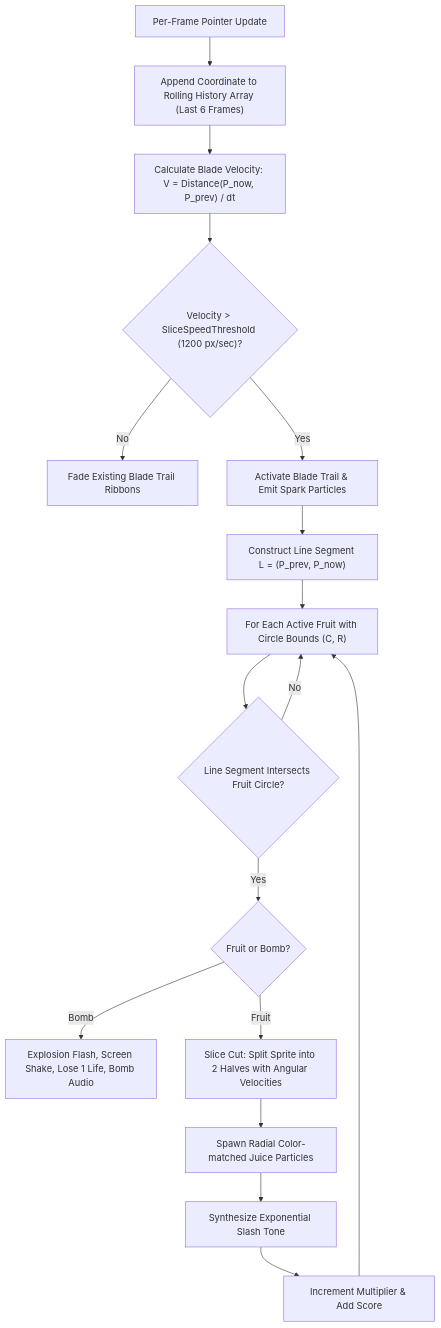
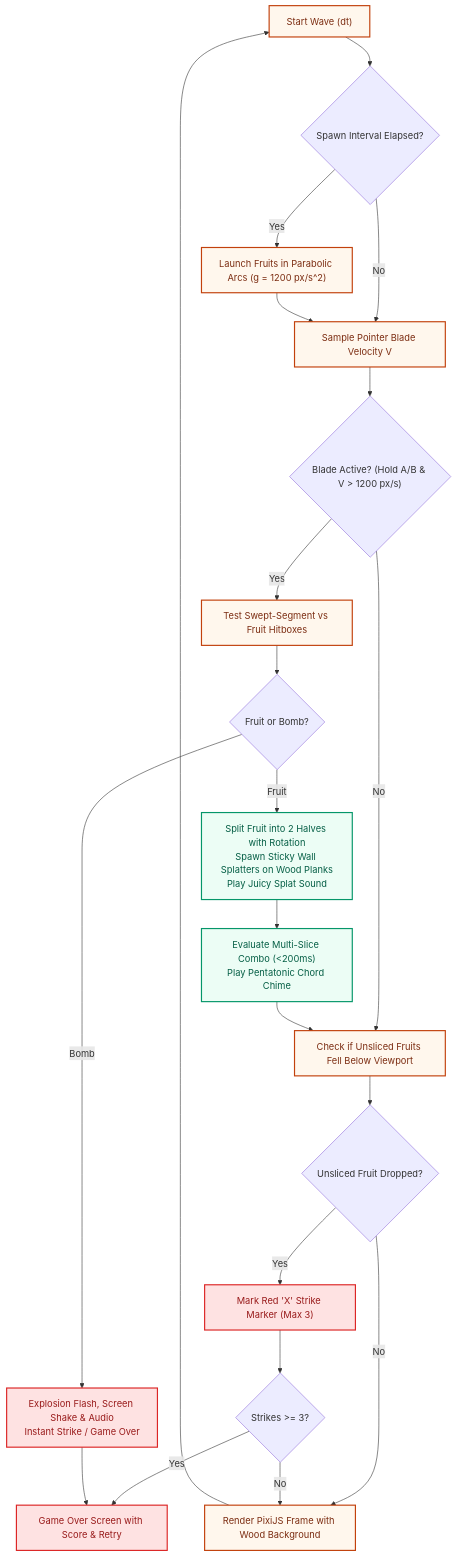
One commit to AdityaSurse/nimbusplay changed the tenth of 16 diagrams in README.md. Above: the diagram before and after it, drawn with Mermaid. The commit also changed other lines of this file and 6 other files, not shown here.

````diff
--- a/README.md
+++ b/README.md
@@ -275,24 +314,31 @@
 ```mermaid
 flowchart TD
-    PointerTick["Per-Frame Pointer Update"] --> AppendHistory["Append Coordinate to Rolling History Array (Last 6 Frames)"]
-    AppendHistory --> CalcVelocity["Calculate Blade Velocity: V = Distance(P_now, P_prev) / dt"]
-    
-    CalcVelocity --> SpeedCheck{"Velocity > SliceSpeedThreshold (1200 px/sec)?"}
-    SpeedCheck -- No --> FadeTrail["Fade Existing Blade Trail Ribbons"]
-    SpeedCheck -- Yes --> ActiveBlade["Activate Blade Trail & Emit Spark Particles"]
-    
-    ActiveBlade --> BuildSegment["Construct Line Segment L = (P_prev, P_now)"]
-    BuildSegment --> LoopFruits["For Each Active Fruit with Circle Bounds (C, R)"]
-    
-    LoopFruits --> Intersect{"Line Segment Intersects Fruit Circle?"}
-    Intersect -- No --> LoopFruits
-    Intersect -- Yes --> CheckType{"Fruit or Bomb?"}
-    
-    CheckType -- Bomb --> Detonate["Explosion Flash, Screen Shake, Lose 1 Life, Bomb Audio"]
-    CheckType -- Fruit --> SplitFruit["Slice Cut: Split Sprite into 2 Halves with Angular Velocities"]
-    
-    SplitFruit --> SplashParticles["Spawn Radial Color-matched Juice Particles"]
-    SplashParticles --> AudioSlice["Synthesize Exponential Slash Tone"]
-    AudioSlice --> UpdateCombo["Increment Multiplier & Add Score"]
-    UpdateCombo --> LoopFruits
+    classDef loopStyle fill:#fff7ed,stroke:#c2410c,stroke-width:2px,color:#7c2d12;
+    classDef alertStyle fill:#fee2e2,stroke:#dc2626,stroke-width:2px,color:#991b1b;
+    classDef scoreStyle fill:#ecfdf5,stroke:#059669,stroke-width:2px,color:#065f46;
+
+    StartFN["Start Wave (dt)"]:::loopStyle --> SpawnCheck{"Spawn Interval Elapsed?"}
+    SpawnCheck -- Yes --> SpawnFruits["Launch Fruits in Parabolic Arcs (g = 1200 px/s^2)"]:::loopStyle
+    SpawnCheck -- No --> IngestSlice["Sample Pointer Blade Velocity V"]:::loopStyle
+    SpawnFruits --> IngestSlice
+
+    IngestSlice --> SpeedCheck{"Blade Active? (Hold A/B & V > 1200 px/s)"}
+    SpeedCheck -- Yes --> SweptCheck["Test Swept-Segment vs Fruit Hitboxes"]:::loopStyle
+    SpeedCheck -- No --> CheckFloor["Check if Unsliced Fruits Fell Below Viewport"]:::loopStyle
+
+    SweptCheck --> HitFruit{"Fruit or Bomb?"}
+    HitFruit -- "Fruit" --> SliceFruit["Split Fruit into 2 Halves with Rotation<br/>Spawn Sticky Wall Splatters on Wood Planks<br/>Play Juicy Splat Sound"]:::scoreStyle
+    HitFruit -- "Bomb" --> DetonateBomb["Explosion Flash, Screen Shake & Audio<br/>Instant Strike / Game Over"]:::alertStyle
+
+    SliceFruit --> ComboCalc["Evaluate Multi-Slice Combo (<200ms)<br/>Play Pentatonic Chord Chime"]:::scoreStyle
+    ComboCalc --> CheckFloor
+
+    CheckFloor --> Dropped{"Unsliced Fruit Dropped?"}
+    Dropped -- Yes --> AddStrike["Mark Red 'X' Strike Marker (Max 3)"]:::alertStyle
+    Dropped -- No --> RenderFrame["Render PixiJS Frame with Wood Background"]:::loopStyle
+    AddStrike --> StrikeCheck{"Strikes >= 3?"}
+    StrikeCheck -- Yes --> GameOverFN["Game Over Screen with Score & Retry"]:::alertStyle
+    StrikeCheck -- No --> RenderFrame
+    DetonateBomb --> GameOverFN
+    RenderFrame --> StartFN
 ```
````
